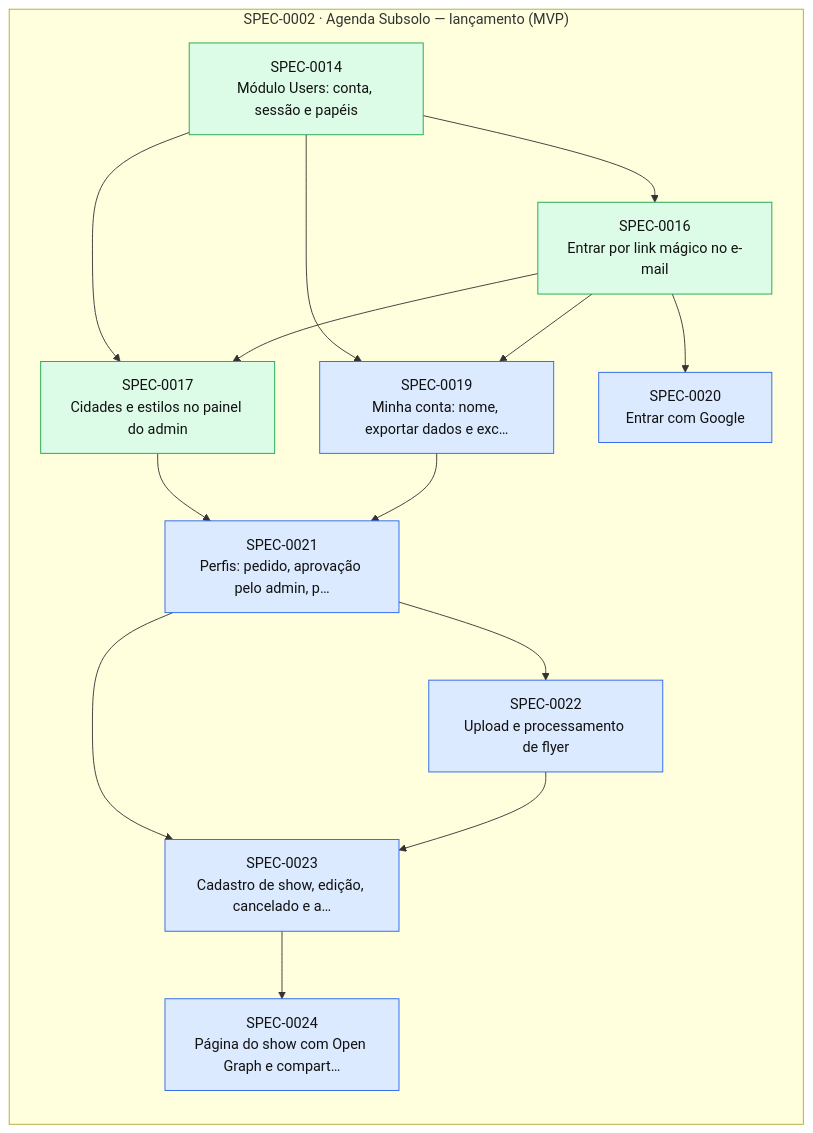
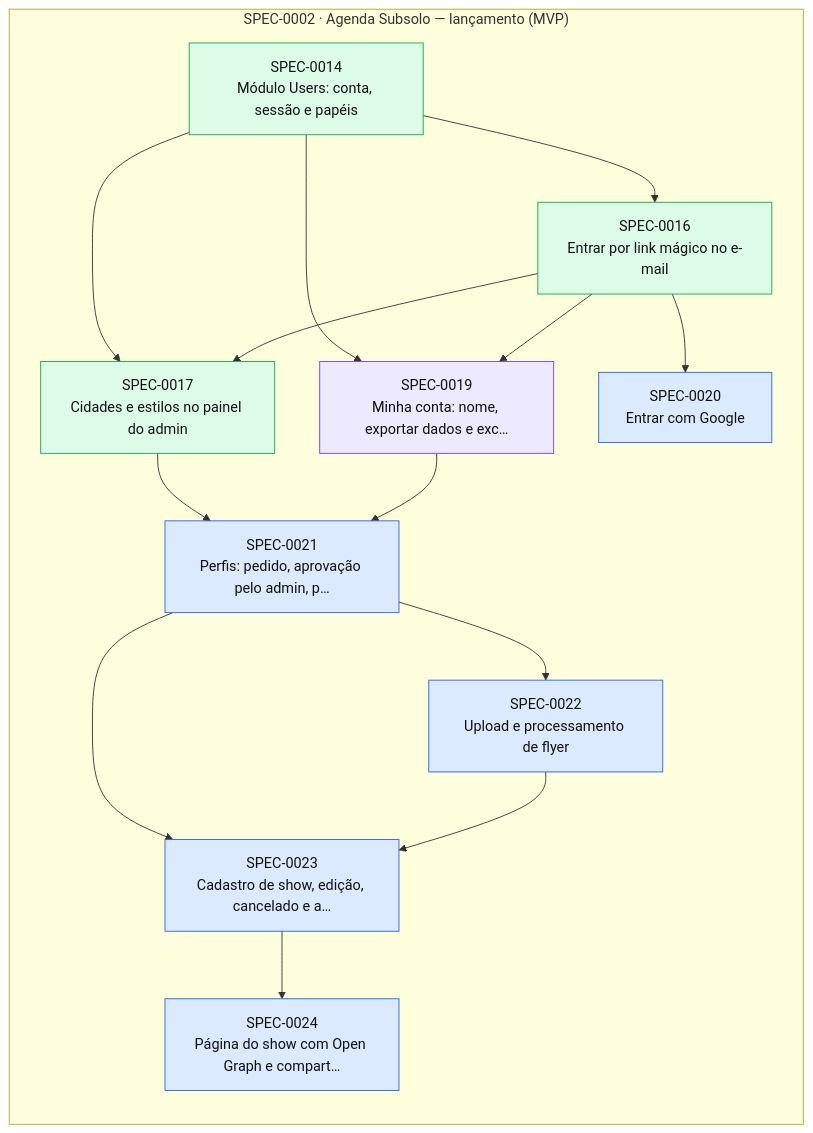
One commit to thomasravache/subsolo changed the diagram in docs/specs/INDEX.md. Above: the diagram before and after it, drawn with Mermaid. The commit also changed other lines of this file and 1 other file, not shown here.

First line of the commit message:
docs(sdd): widen SPEC-0019 scope and start wave 5

````diff
--- a/docs/specs/INDEX.md
+++ b/docs/specs/INDEX.md
@@ -70,31 +70,31 @@
 ```mermaid
 flowchart LR
   subgraph E0002["SPEC-0002 · Agenda Subsolo — lançamento (MVP)"]
     S0014["SPEC-0014<br/>Módulo Users: conta, sessão e papéis"]:::implemented
     S0016["SPEC-0016<br/>Entrar por link mágico no e-mail"]:::implemented
     S0017["SPEC-0017<br/>Cidades e estilos no painel do admin"]:::implemented
-    S0019["SPEC-0019<br/>Minha conta: nome, exportar dados e exc…"]:::approved
+    S0019["SPEC-0019<br/>Minha conta: nome, exportar dados e exc…"]:::inprogress
     S0020["SPEC-0020<br/>Entrar com Google"]:::approved
     S0021["SPEC-0021<br/>Perfis: pedido, aprovação pelo admin, p…"]:::approved
     S0022["SPEC-0022<br/>Upload e processamento de flyer"]:::approved
     S0023["SPEC-0023<br/>Cadastro de show, edição, cancelado e a…"]:::approved
     S0024["SPEC-0024<br/>Página do show com Open Graph e compart…"]:::approved
   end
   S0014 --> S0016
   S0014 --> S0017
   S0016 --> S0017
   S0014 --> S0019
   S0016 --> S0019
   S0016 --> S0020
   S0017 --> S0021
   S0019 --> S0021
   S0021 --> S0022
   S0021 --> S0023
   S0022 --> S0023
   S0023 --> S0024
   classDef proposed fill:#fef3c7,stroke:#d97706,color:#111
   classDef approved fill:#dbeafe,stroke:#2563eb,color:#111
   classDef inprogress fill:#ede9fe,stroke:#7c3aed,color:#111
   classDef implemented fill:#dcfce7,stroke:#16a34a,color:#111
   classDef deprecated fill:#f3f4f6,stroke:#9ca3af,color:#6b7280
 ```
````
